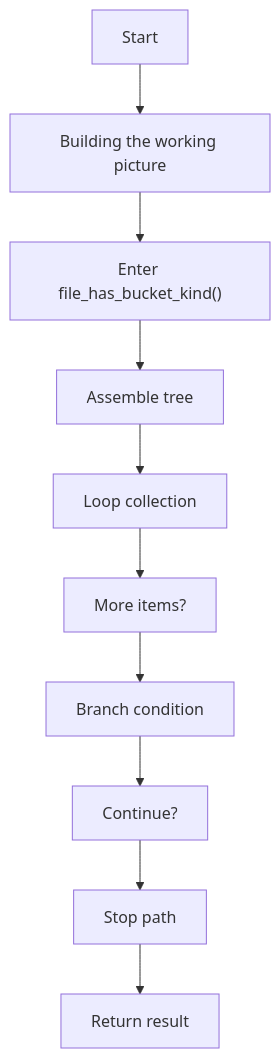
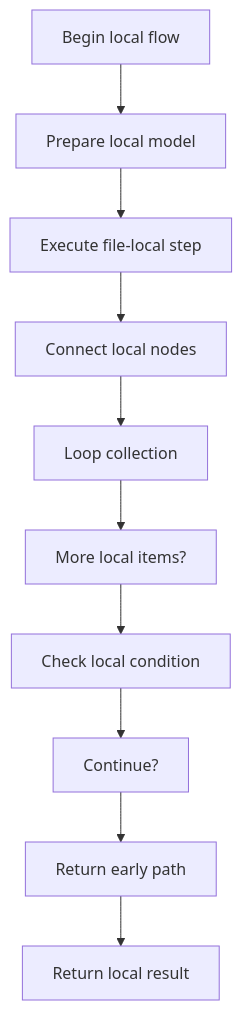
The first of 8 diagrams in docs/Codebase/Microservice/Modules/Source/OutputGeneration/UnitTestGeneration/Flow/algorithm_pipeline_program_flow_01.cpp.md (JohnAndrewBalbarosa/NeoTerritory), drawn with Mermaid before and after one commit. The commit also changed other lines of this file and 925 other files, not shown here.

````diff
--- a/docs/Codebase/Microservice/Modules/Source/OutputGeneration/UnitTestGeneration/Flow/algorithm_pipeline_program_flow_01.cpp.md
+++ b/docs/Codebase/Microservice/Modules/Source/OutputGeneration/UnitTestGeneration/Flow/algorithm_pipeline_program_flow_01.cpp.md
@@ -15,22 +15,22 @@
 ```mermaid
 flowchart TD
-    N0["Start"]
-    N1["Building the working picture"]
-    N2["Enter file_has_bucket_kind()"]
-    N3["Assemble tree"]
+    N0["Begin local flow"]
+    N1["Prepare local model"]
+    N2["Execute file-local step"]
+    N3["Connect local nodes"]
     N4["Loop collection"]
-    N5["More items?"]
-    N6["Branch condition"]
+    N5["More local items?"]
+    N6["Check local condition"]
     N7["Continue?"]
-    N8["Stop path"]
-    N9["Return result"]
+    N8["Return early path"]
+    N9["Return local result"]
     N0 --> N1
     N1 --> N2
     N2 --> N3
     N3 --> N4
     N4 --> N5
     N5 --> N6
     N6 --> N7
     N7 --> N8
     N8 --> N9
 ```
````
